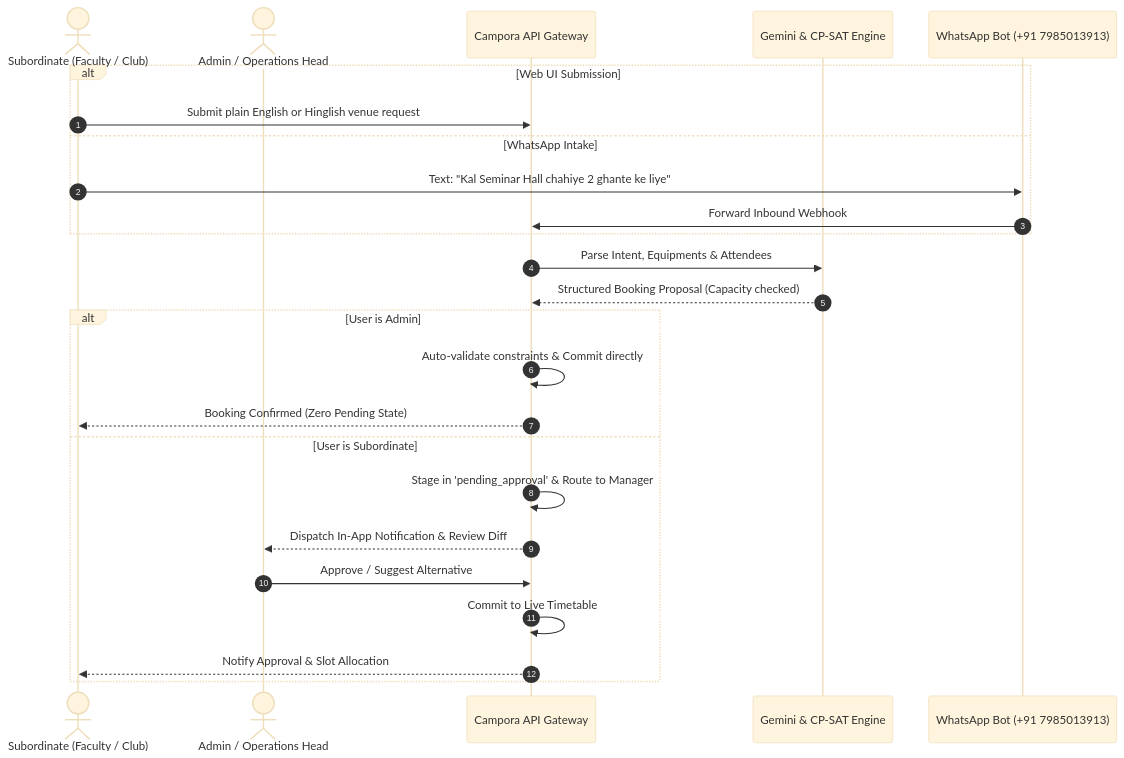
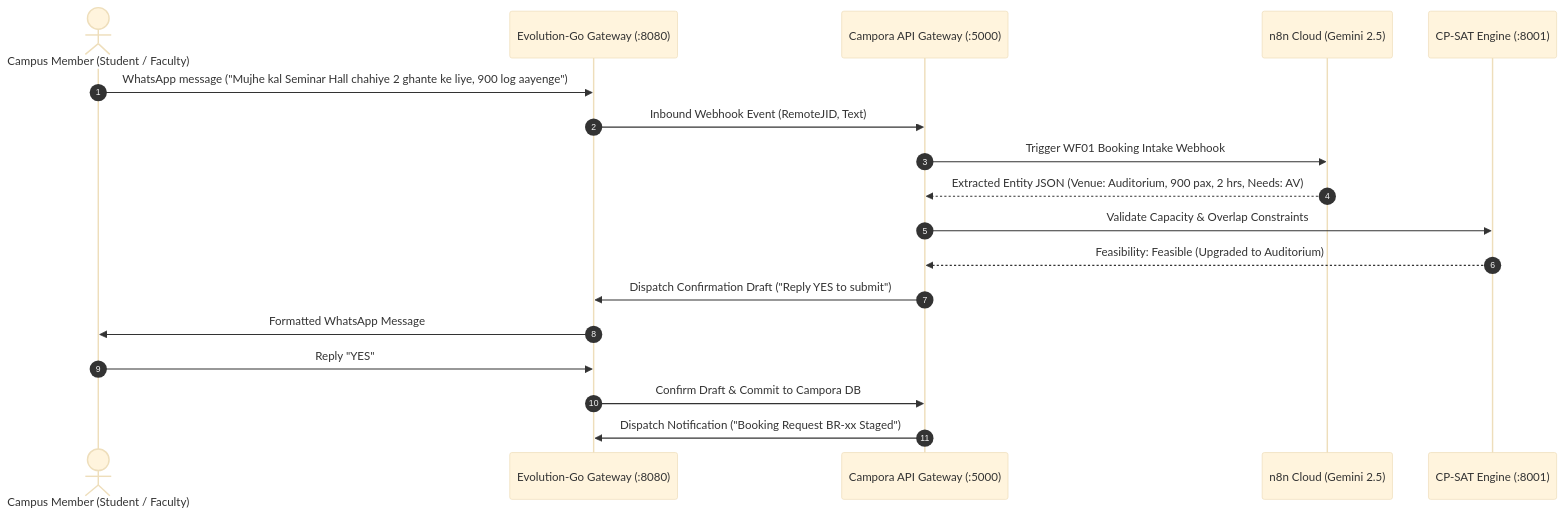
One commit to Akshat-sin-official/TZ-Meru-Byte changed the third of 6 diagrams in README.md. Above: the diagram before and after it, drawn with Mermaid (base theme). The commit also changed other lines of this file and 6 other files, not shown here.

````diff
--- a/README.md
+++ b/README.md
@@ -136,30 +143,21 @@
 ```mermaid
 sequenceDiagram
     autonumber
-    actor User as Subordinate (Faculty / Club)
-    actor Admin as Admin / Operations Head
-    participant Sys as Campora API Gateway
-    participant AI as Gemini & CP-SAT Engine
-    participant WA as WhatsApp Bot (+91 7985013913)
+    actor User as Campus Member (Student / Faculty)
+    participant Evo as Evolution-Go Gateway (:8080)
+    participant Server as Campora API Gateway (:5000)
+    participant N8N as n8n Cloud (Gemini 2.5)
+    participant Solver as CP-SAT Engine (:8001)
 
-    alt Web UI Submission
-        User->>Sys: Submit plain English or Hinglish venue request
-    else WhatsApp Intake
-        User->>WA: Text: "Kal Seminar Hall chahiye 2 ghante ke liye"
-        WA->>Sys: Forward Inbound Webhook
-    end
-
-    Sys->>AI: Parse Intent, Equipments & Attendees
-    AI-->>Sys: Structured Booking Proposal (Capacity checked)
-    
-    alt User is Admin
-        Sys->>Sys: Auto-validate constraints & Commit directly
-        Sys-->>User: Booking Confirmed (Zero Pending State)
-    else User is Subordinate
-        Sys->>Sys: Stage in 'pending_approval' & Route to Manager
-        Sys-->>Admin: Dispatch In-App Notification & Review Diff
-        Admin->>Sys: Approve / Suggest Alternative
-        Sys->>Sys: Commit to Live Timetable
-        Sys-->>User: Notify Approval & Slot Allocation
-    end
+    User->>Evo: WhatsApp message ("Mujhe kal Seminar Hall chahiye 2 ghante ke liye, 900 log aayenge")
+    Evo->>Server: Inbound Webhook Event (RemoteJID, Text)
+    Server->>N8N: Trigger WF01 Booking Intake Webhook
+    N8N-->>Server: Extracted Entity JSON (Venue: Auditorium, 900 pax, 2 hrs, Needs: AV)
+    Server->>Solver: Validate Capacity & Overlap Constraints
+    Solver-->>Server: Feasibility: Feasible (Upgraded to Auditorium)
+    Server->>Evo: Dispatch Confirmation Draft ("Reply YES to submit")
+    Evo->>User: Formatted WhatsApp Message
+    User->>Evo: Reply "YES"
+    Evo->>Server: Confirm Draft & Commit to Campora DB
+    Server->>Evo: Dispatch Notification ("Booking Request BR-xx Staged")
 ```
````
